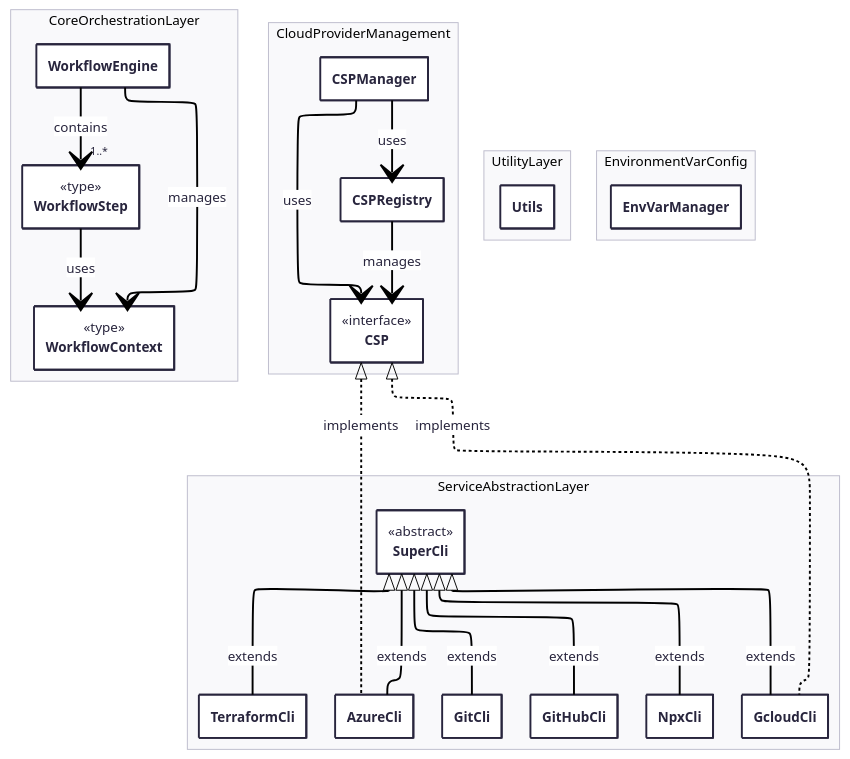
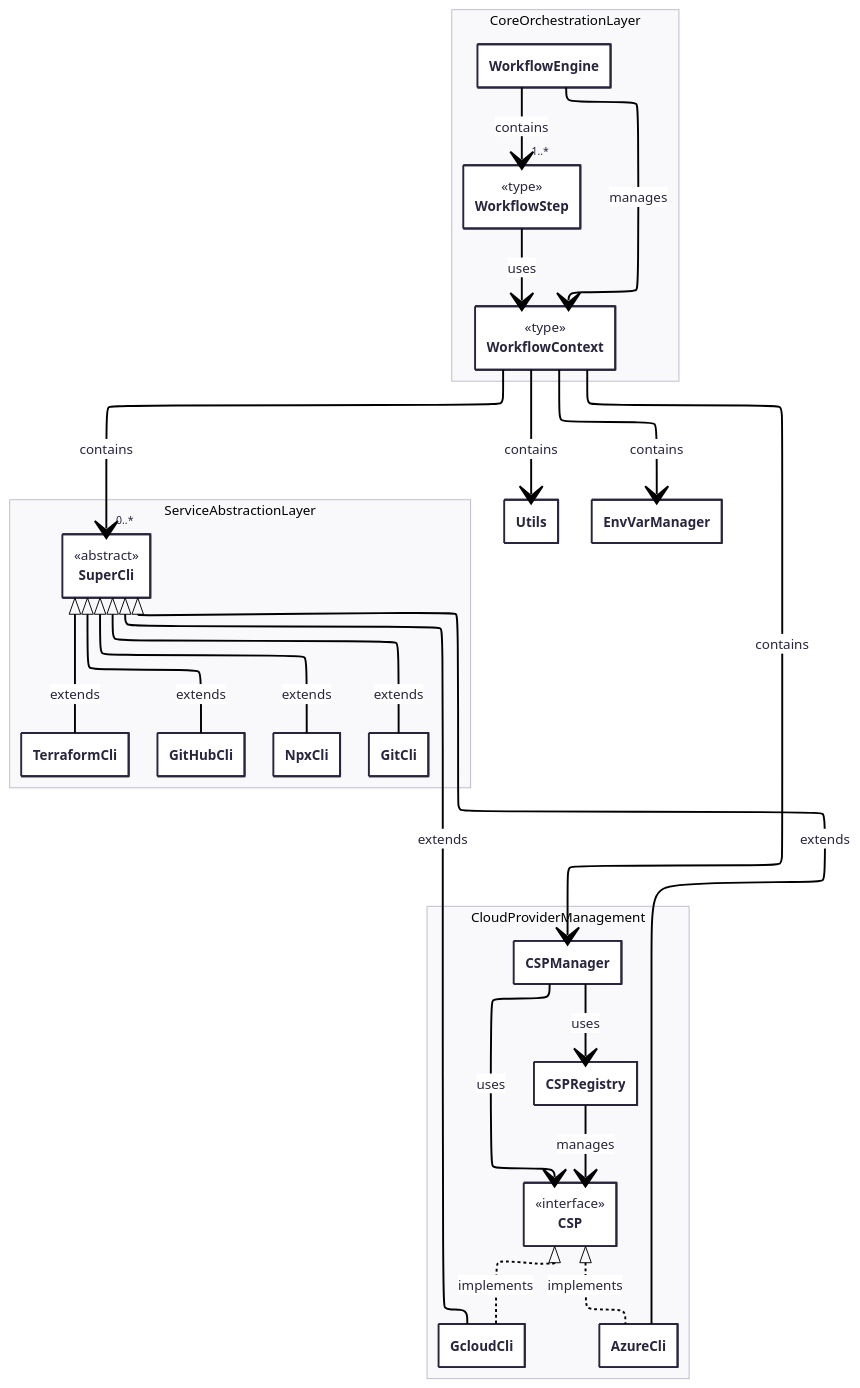
The diagram in class_diagram_new.mmd (oscarmarcussen/master_diagram), drawn with Mermaid before and after one commit. The commit also changed 1 other file, not shown here.

Commit message:
new class diagram

```diff
--- a/class_diagram_new.mmd
+++ b/class_diagram_new.mmd
@@ -1,68 +1,69 @@
 ---
 config:
   theme: redux
   look: classic
   layout: elk
   class:
     hideEmptyMembersBox: true
 ---
 classDiagram
 direction TB
 	namespace CoreOrchestrationLayer {
         class WorkflowEngine {
         }
         class WorkflowStep {
         }
         class WorkflowContext {
         }
 	}
 	namespace CloudProviderManagement {
         class CSPManager {
         }
         class CSPRegistry {
         }
         class CSP {
         }
+        class AzureCli {
+        }
+        class GcloudCli {
+        }
 	}
 	namespace ServiceAbstractionLayer {
         class SuperCli {
         }
         class GitHubCli {
         }
         class TerraformCli {
         }
         class GitCli {
         }
         class NpxCli {
         }
-        class AzureCli {
-        }
-        class GcloudCli {
-        }
 	}
-	namespace UtilityLayer {
         class Utils {
-        }
 	}
-	namespace EnvironmentVarConfig {
         class EnvVarManager {
-        }
 	}
 	<<type>> WorkflowStep
 	<<type>> WorkflowContext
 	<<interface>> CSP
 	<<abstract>> SuperCli
         WorkflowEngine --> "1..*" WorkflowStep : contains
         WorkflowEngine --> WorkflowContext : manages
         WorkflowStep --> WorkflowContext : uses
         SuperCli <|-- GitCli : extends
         SuperCli <|-- GitHubCli : extends
         SuperCli <|-- TerraformCli : extends
         SuperCli <|-- NpxCli : extends
         SuperCli <|-- GcloudCli : extends
         SuperCli <|-- AzureCli : extends
         CSP <|.. GcloudCli : implements
         CSP <|.. AzureCli : implements
         CSPManager --> CSPRegistry : uses
         CSPRegistry --> CSP : manages
         CSPManager --> CSP : uses
+
+        WorkflowContext --> CSPManager : contains
+        WorkflowContext --> "0..*" SuperCli : contains
+        WorkflowContext --> Utils : contains
+        WorkflowContext --> EnvVarManager : contains
```
